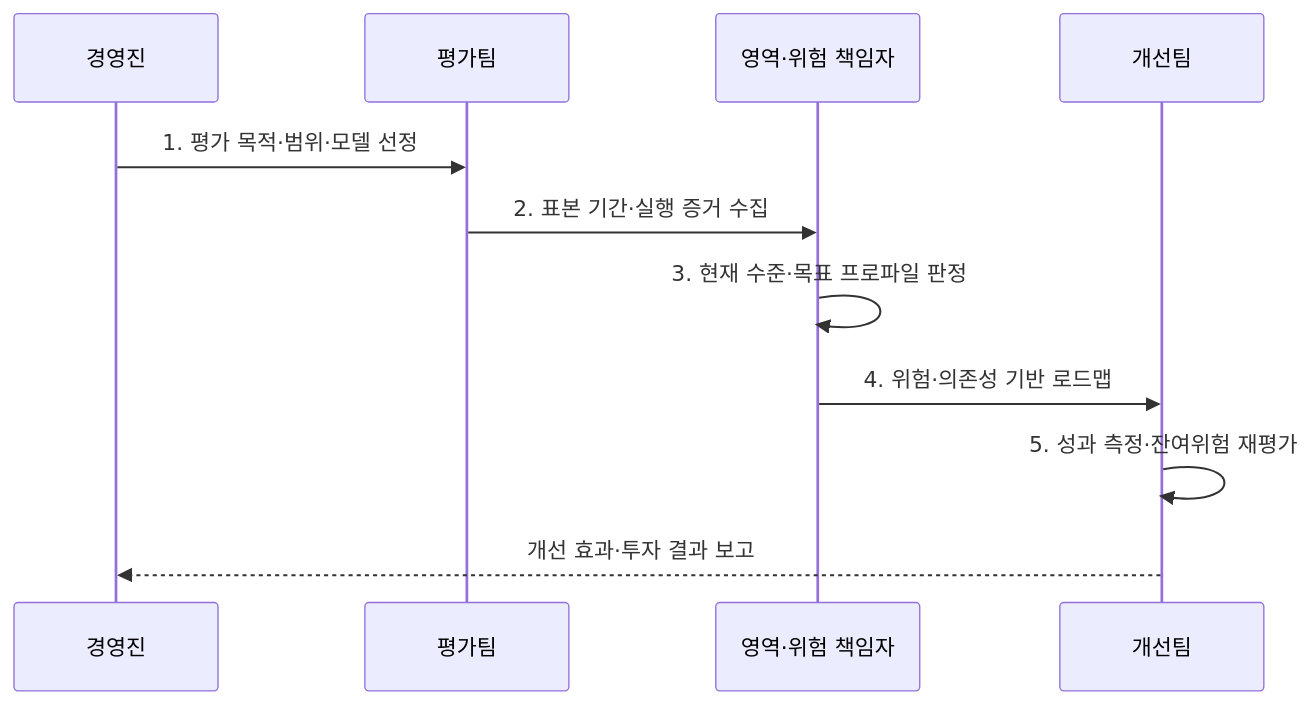
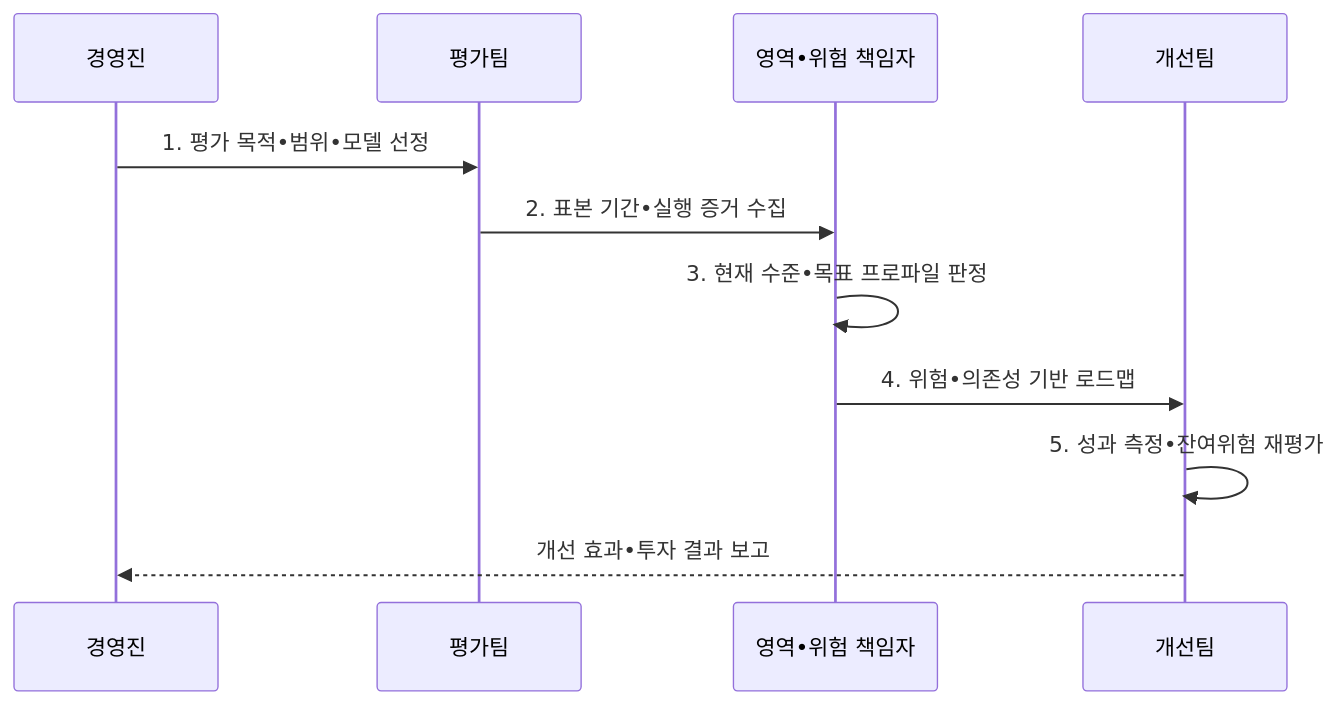
The second of 2 diagrams in src/content/docs/notes/05-security/147_security_maturity_model.md (agnusdei1207/knowledge-base), drawn with Mermaid before and after one commit. The commit also changed other lines of this file and 953 other files, not shown here.

````diff
--- a/src/content/docs/notes/05-security/147_security_maturity_model.md
+++ b/src/content/docs/notes/05-security/147_security_maturity_model.md
@@ -101,13 +101,13 @@
 ```mermaid
 sequenceDiagram
   participant M as 경영진
   participant A as 평가팀
-  participant R as 영역·위험 책임자
+  participant R as 영역•위험 책임자
   participant I as 개선팀
-  M->>A: 1. 평가 목적·범위·모델 선정
-  A->>R: 2. 표본 기간·실행 증거 수집
-  R->>R: 3. 현재 수준·목표 프로파일 판정
-  R->>I: 4. 위험·의존성 기반 로드맵
-  I->>I: 5. 성과 측정·잔여위험 재평가
-  I-->>M: 개선 효과·투자 결과 보고
+  M->>A: 1. 평가 목적•범위•모델 선정
+  A->>R: 2. 표본 기간•실행 증거 수집
+  R->>R: 3. 현재 수준•목표 프로파일 판정
+  R->>I: 4. 위험•의존성 기반 로드맵
+  I->>I: 5. 성과 측정•잔여위험 재평가
+  I-->>M: 개선 효과•투자 결과 보고
 ```
````
